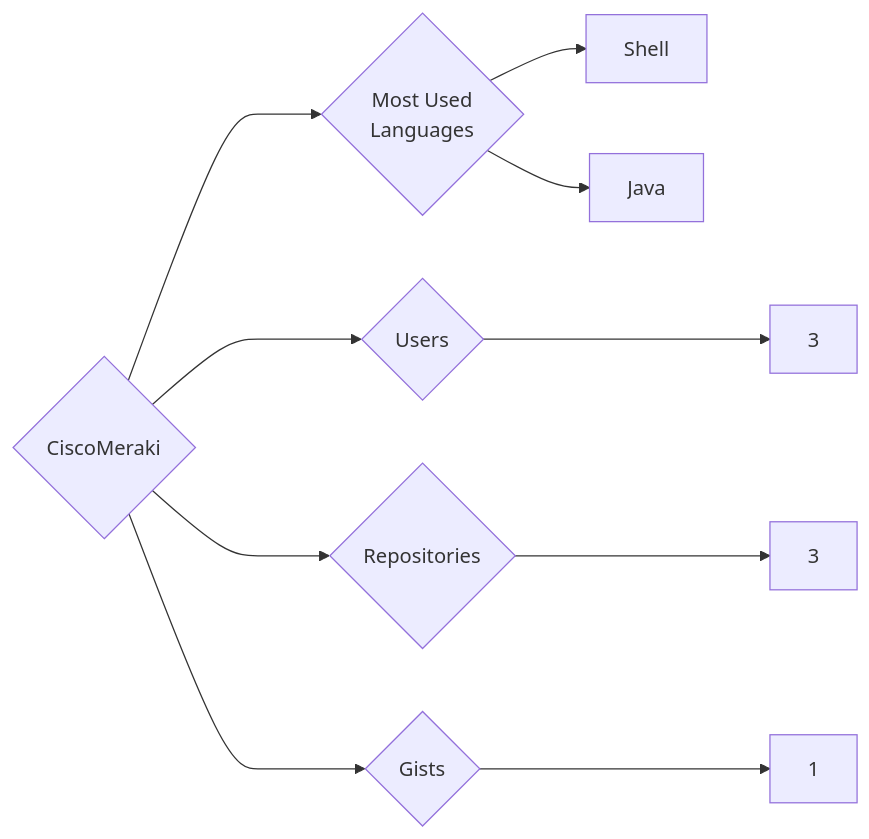
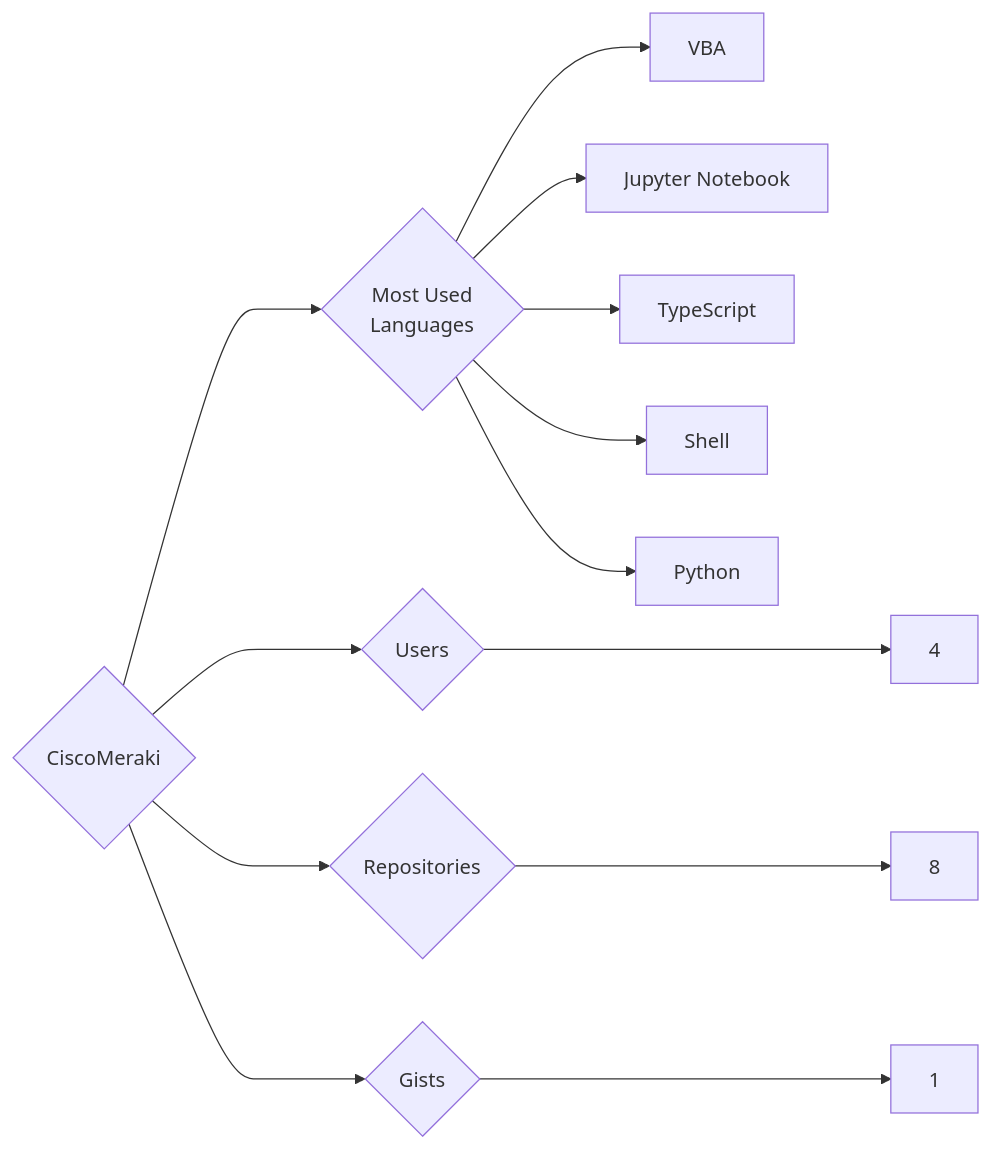
One commit to trickest/insiders changed the diagram in targets/CiscoMeraki/README.md. Above: the diagram before and after it, drawn with Mermaid. The commit also changed 1003 other files, not shown here.

````diff
--- a/targets/CiscoMeraki/README.md
+++ b/targets/CiscoMeraki/README.md
@@ -3,10 +3,13 @@
 ```mermaid
 graph LR
 COMPANY_NAME{CiscoMeraki}
-COMPANY_NAME ---> U{Users} ---> UN[3]
-COMPANY_NAME ---> R{Repositories} ---> RN[3]
+COMPANY_NAME ---> U{Users} ---> UN[4]
+COMPANY_NAME ---> R{Repositories} ---> RN[8]
 COMPANY_NAME ---> G{Gists} ---> GN[1]
 COMPANY_NAME ---> ML{Most Used<br>Languages}
+ML --> VBA[VBA]
+ML --> Jupyter_Notebook[Jupyter Notebook]
+ML --> TypeScript[TypeScript]
 ML --> Shell[Shell]
-ML --> Java[Java]
+ML --> Python[Python]
 ```
````
